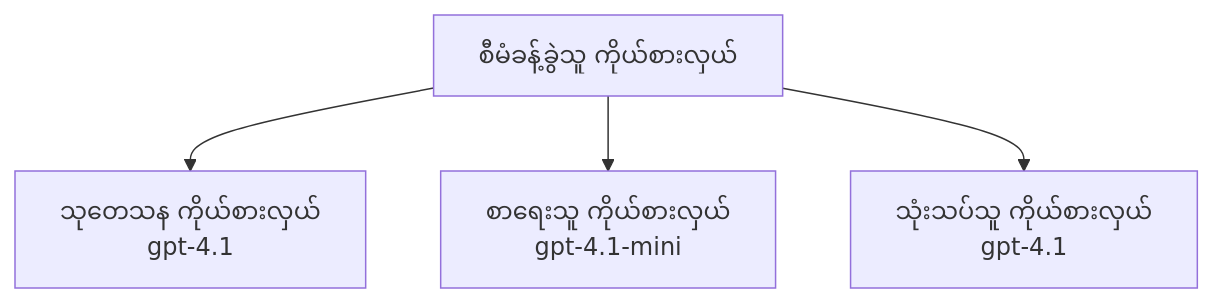
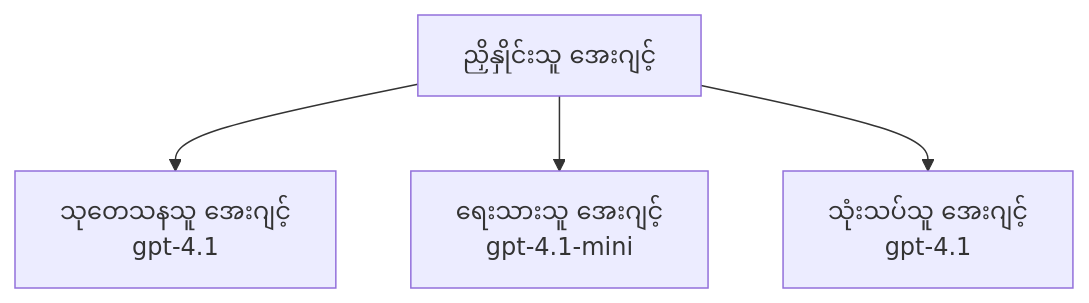
Before and after one commit to microsoft/AZD-for-beginners: the third of 3 diagrams in translations/my/docs/chapter-02-ai-development/agents.md, drawn with Mermaid. The commit also changed other lines of this file and 104 other files, not shown here.

````diff
--- a/translations/my/docs/chapter-02-ai-development/agents.md
+++ b/translations/my/docs/chapter-02-ai-development/agents.md
@@ -194,6 +201,6 @@
 ```mermaid
 graph TD
-    Orchestrator[စီမံခန့်ခွဲသူ ကိုယ်စားလှယ်] --> Research[သုတေသန ကိုယ်စားလှယ်<br/>gpt-4.1]
-    Orchestrator --> Writer[စာရေးသူ ကိုယ်စားလှယ်<br/>gpt-4.1-mini]
-    Orchestrator --> Reviewer[သုံးသပ်သူ ကိုယ်စားလှယ်<br/>gpt-4.1]
+    Orchestrator[ညှိနှိုင်းသူ အေးဂျင့်] --> Research[သုတေသနသူ အေးဂျင့်<br/>gpt-4.1]
+    Orchestrator --> Writer[ရေးသားသူ အေးဂျင့်<br/>gpt-4.1-mini]
+    Orchestrator --> Reviewer[သုံးသပ်သူ အေးဂျင့်<br/>gpt-4.1]
 ```
````
